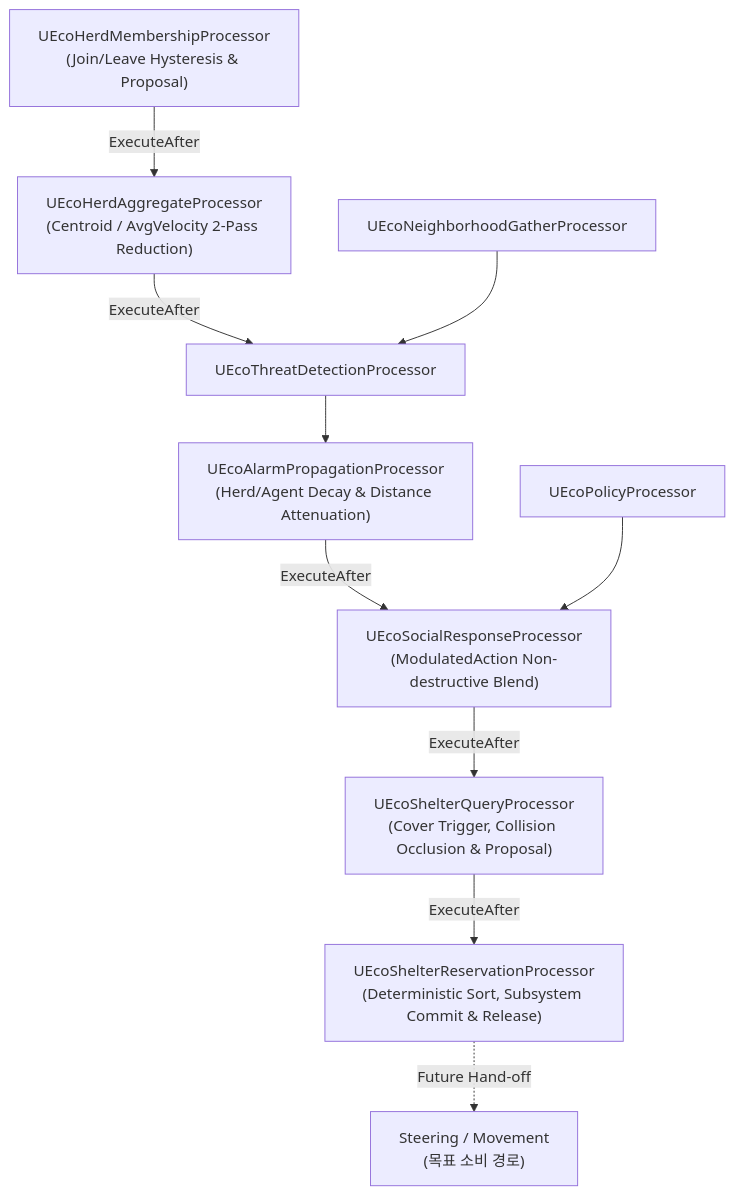
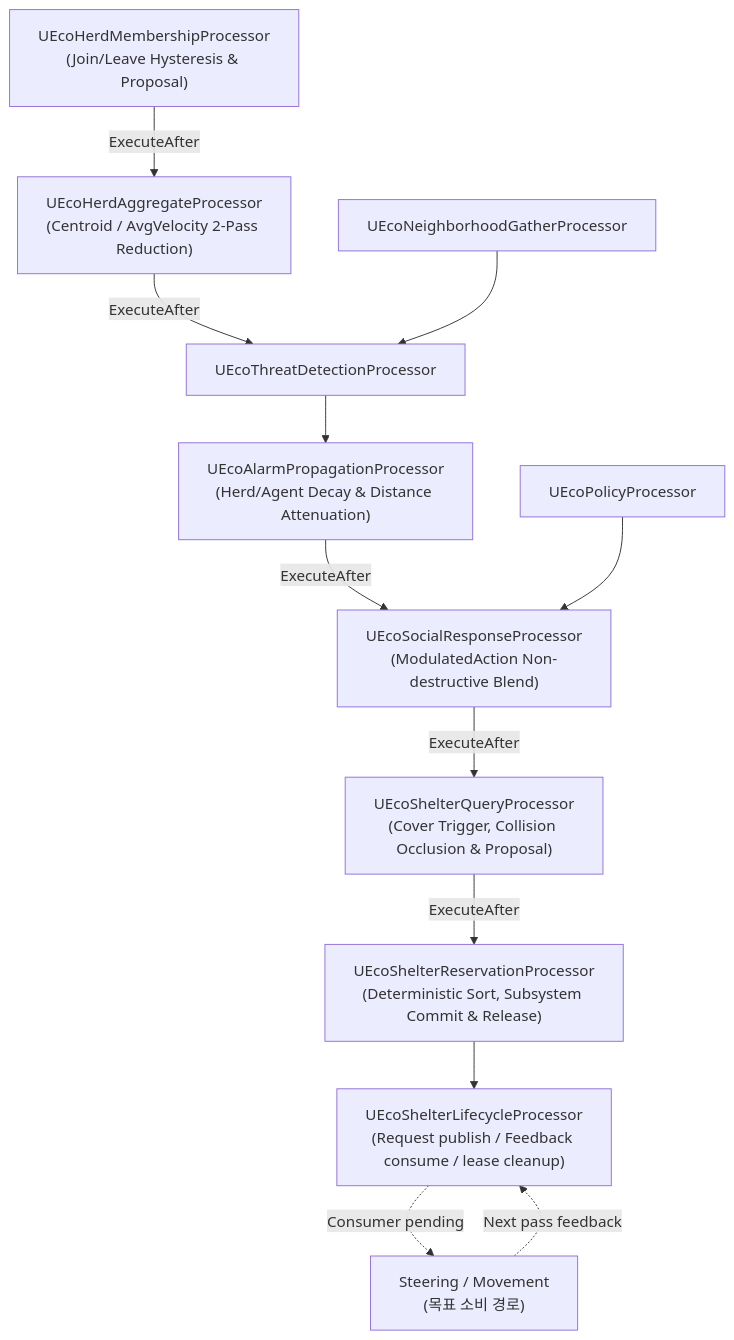
The diagram in AdaptiveEcosystem/Docs/조연우/SOCIAL_BEHAVIOR_RUNTIME_CURRENT_STATE.md (dpqksr5501/AdaptiveEcosystem), drawn with Mermaid before and after one commit. The commit also changed other lines of this file and 24 other files, not shown here.

````diff
--- a/AdaptiveEcosystem/Docs/조연우/SOCIAL_BEHAVIOR_RUNTIME_CURRENT_STATE.md
+++ b/AdaptiveEcosystem/Docs/조연우/SOCIAL_BEHAVIOR_RUNTIME_CURRENT_STATE.md
@@ -158,12 +163,14 @@
 ```mermaid
 graph TD
     A["UEcoHerdMembershipProcessor<br/>(Join/Leave Hysteresis & Proposal)"] -->|ExecuteAfter| B["UEcoHerdAggregateProcessor<br/>(Centroid / AvgVelocity 2-Pass Reduction)"]
     B -->|ExecuteAfter| T["UEcoThreatDetectionProcessor"]
     G["UEcoNeighborhoodGatherProcessor"] --> T
     T --> C["UEcoAlarmPropagationProcessor<br/>(Herd/Agent Decay & Distance Attenuation)"]
     C -->|ExecuteAfter| D["UEcoSocialResponseProcessor<br/>(ModulatedAction Non-destructive Blend)"]
     P["UEcoPolicyProcessor"] --> D
     D -->|ExecuteAfter| E["UEcoShelterQueryProcessor<br/>(Cover Trigger, Collision Occlusion & Proposal)"]
     E -->|ExecuteAfter| F["UEcoShelterReservationProcessor<br/>(Deterministic Sort, Subsystem Commit & Release)"]
-    F -.->|Future Hand-off| H["Steering / Movement<br/>(목표 소비 경로)"]
+    F --> L["UEcoShelterLifecycleProcessor<br/>(Request publish / Feedback consume / lease cleanup)"]
+    L -.->|Consumer pending| H["Steering / Movement<br/>(목표 소비 경로)"]
+    H -.->|Next pass feedback| L
 ```
````
